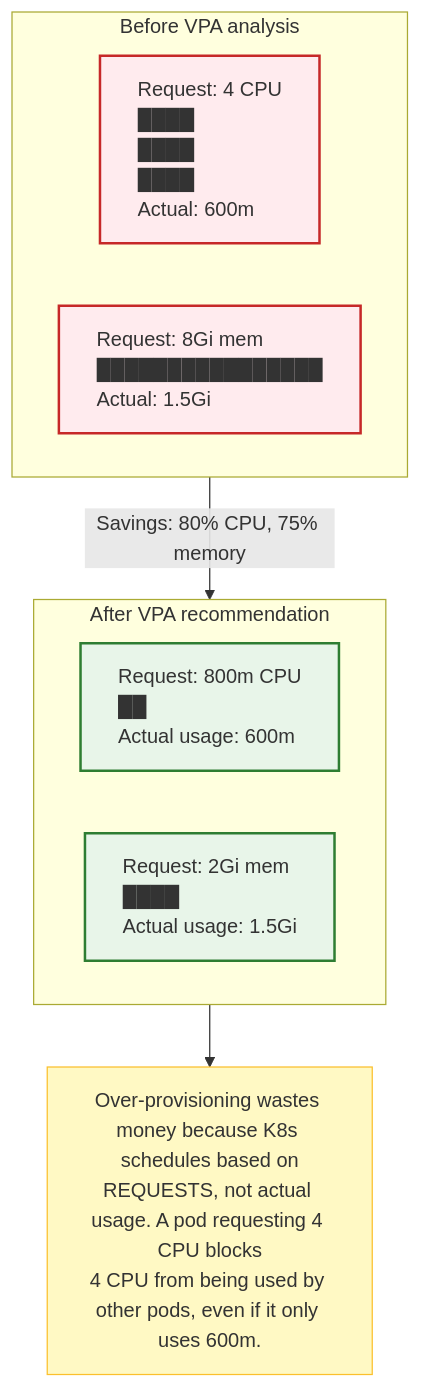
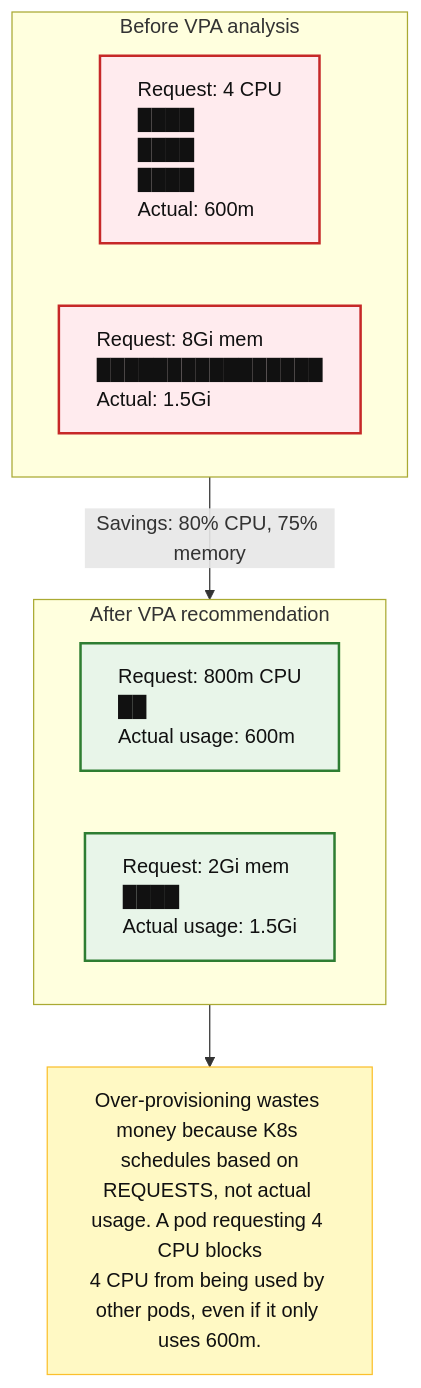
The third of 5 diagrams in src/content/docs/cloud/advanced-operations/module-8.8-cloud-cost.md (kube-dojo/kube-dojo.github.io), drawn with Mermaid before and after one commit. The commit also changed other lines of this file and 18 other files, not shown here.

Commit message:
docs: set readable Mermaid foreground colors (#3442)

````diff
--- a/src/content/docs/cloud/advanced-operations/module-8.8-cloud-cost.md
+++ b/src/content/docs/cloud/advanced-operations/module-8.8-cloud-cost.md
@@ -329,21 +329,21 @@
 ```mermaid
 graph TD
-    classDef before fill:#ffebee,stroke:#c62828,stroke-width:2px,text-align:left;
-    classDef after fill:#e8f5e9,stroke:#2e7d32,stroke-width:2px,text-align:left;
-    classDef note fill:#fff9c4,stroke:#fbc02d,stroke-width:1px;
+    classDef before fill:#ffebee,color:#111,stroke:#c62828,stroke-width:2px,text-align:left;
+    classDef after fill:#e8f5e9,color:#111,stroke:#2e7d32,stroke-width:2px,text-align:left;
+    classDef note fill:#fff9c4,color:#111,stroke:#fbc02d,stroke-width:1px;
 
     subgraph Before["Before VPA analysis"]
         B_CPU["Request: 4 CPU<br/>████<br/>████<br/>████<br/>Actual: 600m"]:::before
         B_MEM["Request: 8Gi mem<br/>████████████████<br/>Actual: 1.5Gi"]:::before
     end
 
     subgraph After["After VPA recommendation"]
         A_CPU["Request: 800m CPU<br/>██<br/>Actual usage: 600m"]:::after
         A_MEM["Request: 2Gi mem<br/>████<br/>Actual usage: 1.5Gi"]:::after
     end
 
     Before -->|Savings: 80% CPU, 75% memory| After
 
     N["Over-provisioning wastes money because K8s schedules based on<br/>REQUESTS, not actual usage. A pod requesting 4 CPU blocks<br/>4 CPU from being used by other pods, even if it only uses 600m."]:::note
     After --> N
 ```
````
